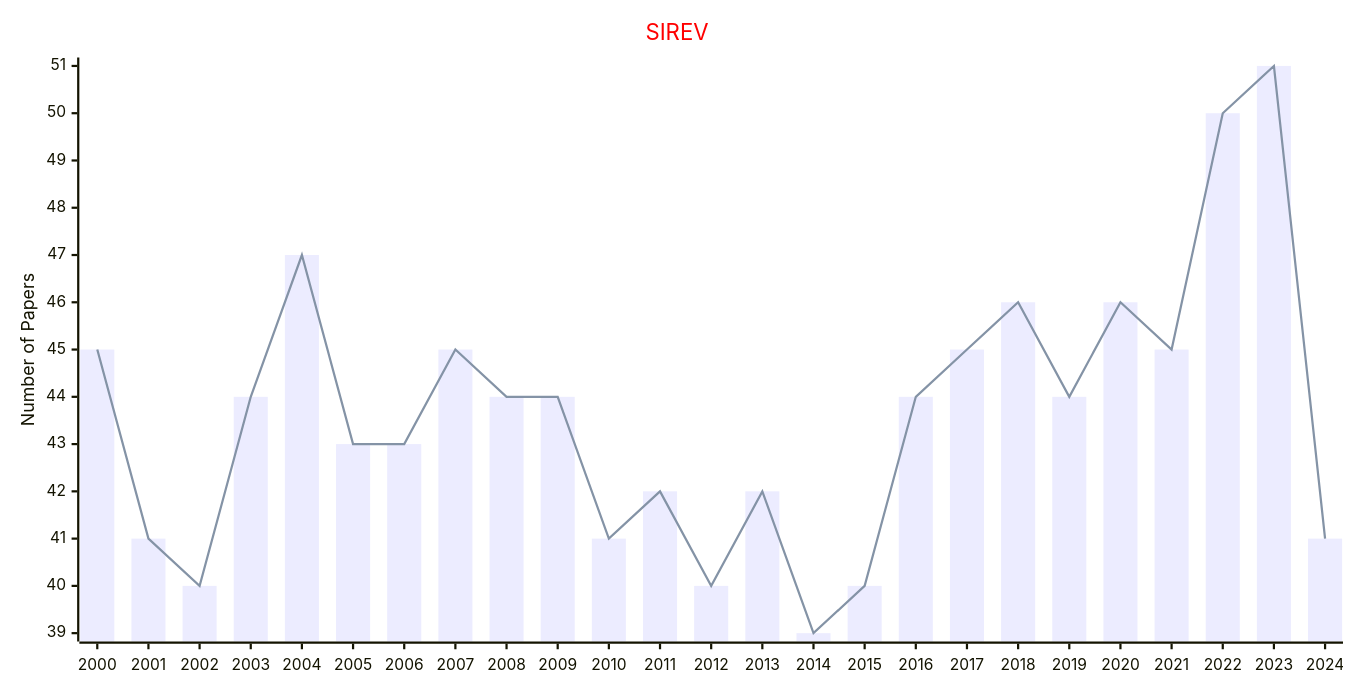
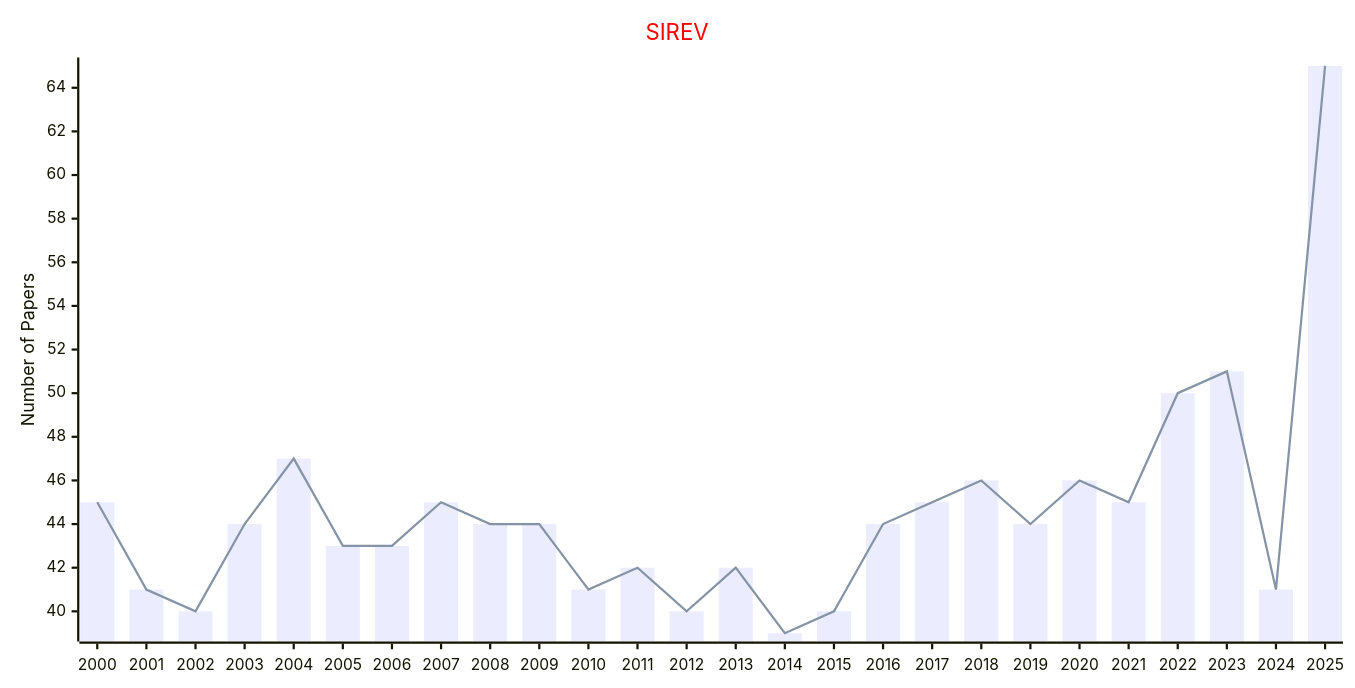
The first of 2 diagrams in docs/data/Journals/Statistics_Journals/Review.md (Easy-PhD/AILinks), drawn with Mermaid before and after one commit. The commit also changed 93 other files, not shown here.

````diff
--- a/docs/data/Journals/Statistics_Journals/Review.md
+++ b/docs/data/Journals/Statistics_Journals/Review.md
@@ -9,17 +9,17 @@
 ```mermaid
 ---
 config:
     xyChart:
         width: 1200
         height: 600
     themeVariables:
         xyChart:
             titleColor: "#ff0000"
 ---
 xychart-beta
     title "SIREV"
-    x-axis [2000, 2001, 2002, 2003, 2004, 2005, 2006, 2007, 2008, 2009, 2010, 2011, 2012, 2013, 2014, 2015, 2016, 2017, 2018, 2019, 2020, 2021, 2022, 2023, 2024]
+    x-axis [2000, 2001, 2002, 2003, 2004, 2005, 2006, 2007, 2008, 2009, 2010, 2011, 2012, 2013, 2014, 2015, 2016, 2017, 2018, 2019, 2020, 2021, 2022, 2023, 2024, 2025]
     y-axis "Number of Papers"
-    bar [45, 41, 40, 44, 47, 43, 43, 45, 44, 44, 41, 42, 40, 42, 39, 40, 44, 45, 46, 44, 46, 45, 50, 51, 41]
-    line [45, 41, 40, 44, 47, 43, 43, 45, 44, 44, 41, 42, 40, 42, 39, 40, 44, 45, 46, 44, 46, 45, 50, 51, 41]
+    bar [45, 41, 40, 44, 47, 43, 43, 45, 44, 44, 41, 42, 40, 42, 39, 40, 44, 45, 46, 44, 46, 45, 50, 51, 41, 65]
+    line [45, 41, 40, 44, 47, 43, 43, 45, 44, 44, 41, 42, 40, 42, 39, 40, 44, 45, 46, 44, 46, 45, 50, 51, 41, 65]
 ```
````
